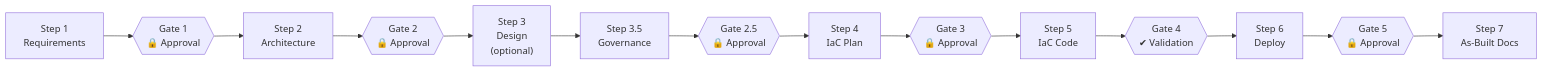
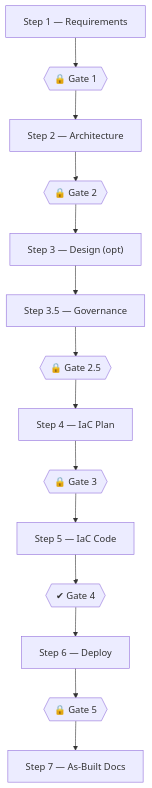
The first of 2 diagrams in site/src/content/docs/concepts/how-it-works/architecture.md (jonathan-vella/apex), drawn with Mermaid before and after one commit. The commit also changed 6 other files, not shown here.

First line of the commit message:
fix(docs): change flowchart LR to TD for readable vertical layout

````diff
--- a/site/src/content/docs/concepts/how-it-works/architecture.md
+++ b/site/src/content/docs/concepts/how-it-works/architecture.md
@@ -13,22 +13,19 @@
 ```mermaid
-flowchart LR
-
-
-
-    S1["Step 1\nRequirements"]
-    G1{{"Gate 1\n🔒 Approval"}}:::gate
-    S2["Step 2\nArchitecture"]
-    G2{{"Gate 2\n🔒 Approval"}}:::gate
-    S3["Step 3\nDesign\n(optional)"]
-    S35["Step 3.5\nGovernance"]
-    G25{{"Gate 2.5\n🔒 Approval"}}:::gate
-    S4["Step 4\nIaC Plan"]
-    G3{{"Gate 3\n🔒 Approval"}}:::gate
-    S5["Step 5\nIaC Code"]
-    G4{{"Gate 4\n✔ Validation"}}:::gate
-    S6["Step 6\nDeploy"]
-    G5{{"Gate 5\n🔒 Approval"}}:::gate
-    S7["Step 7\nAs-Built Docs"]:::endNode
+flowchart TD
+    S1["Step 1 — Requirements"]
+    G1{{"🔒 Gate 1"}}
+    S2["Step 2 — Architecture"]
+    G2{{"🔒 Gate 2"}}
+    S3["Step 3 — Design (opt)"]
+    S35["Step 3.5 — Governance"]
+    G25{{"🔒 Gate 2.5"}}
+    S4["Step 4 — IaC Plan"]
+    G3{{"🔒 Gate 3"}}
+    S5["Step 5 — IaC Code"]
+    G4{{"✔ Gate 4"}}
+    S6["Step 6 — Deploy"]
+    G5{{"🔒 Gate 5"}}
+    S7["Step 7 — As-Built Docs"]
 
     S1 --> G1 --> S2 --> G2 --> S3 --> S35 --> G25 --> S4 --> G3 --> S5 --> G4 --> S6 --> G5 --> S7
 ```
````
